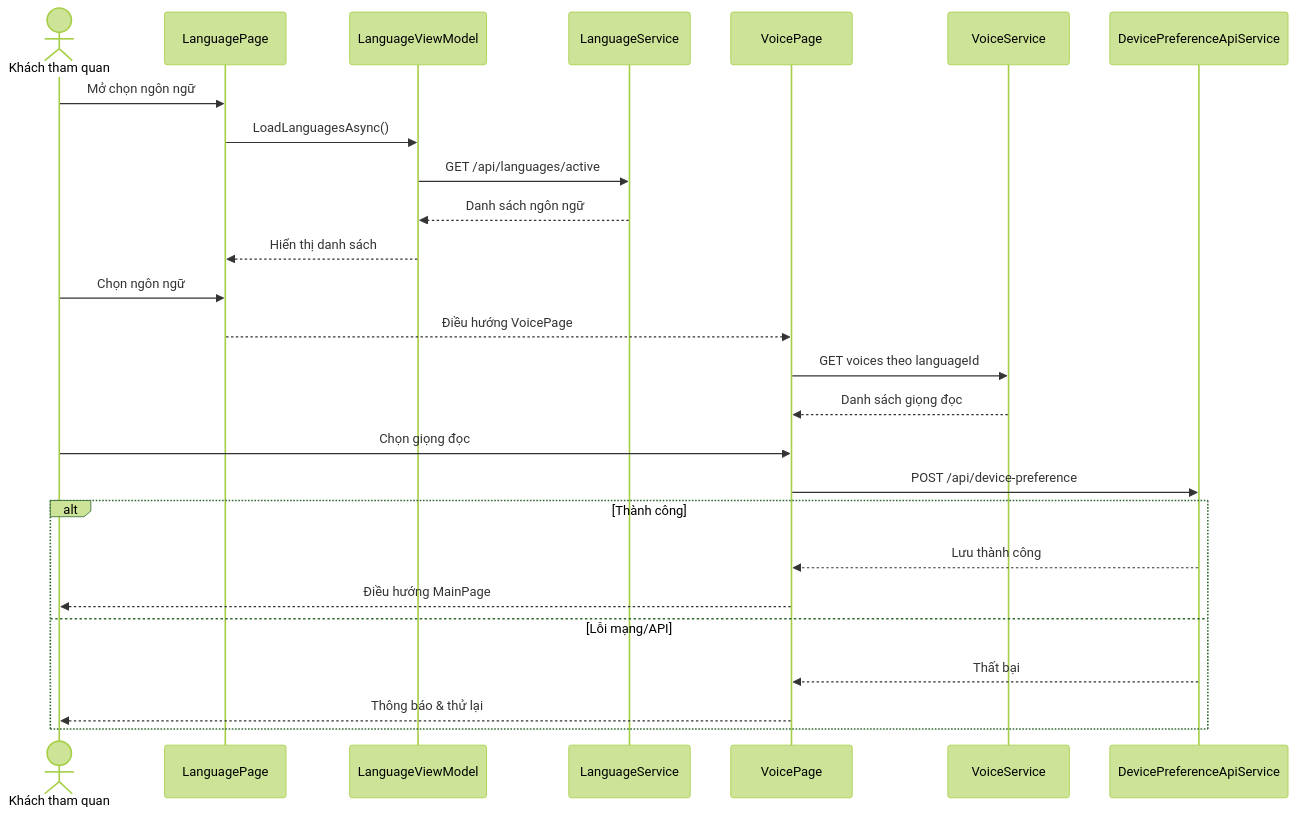
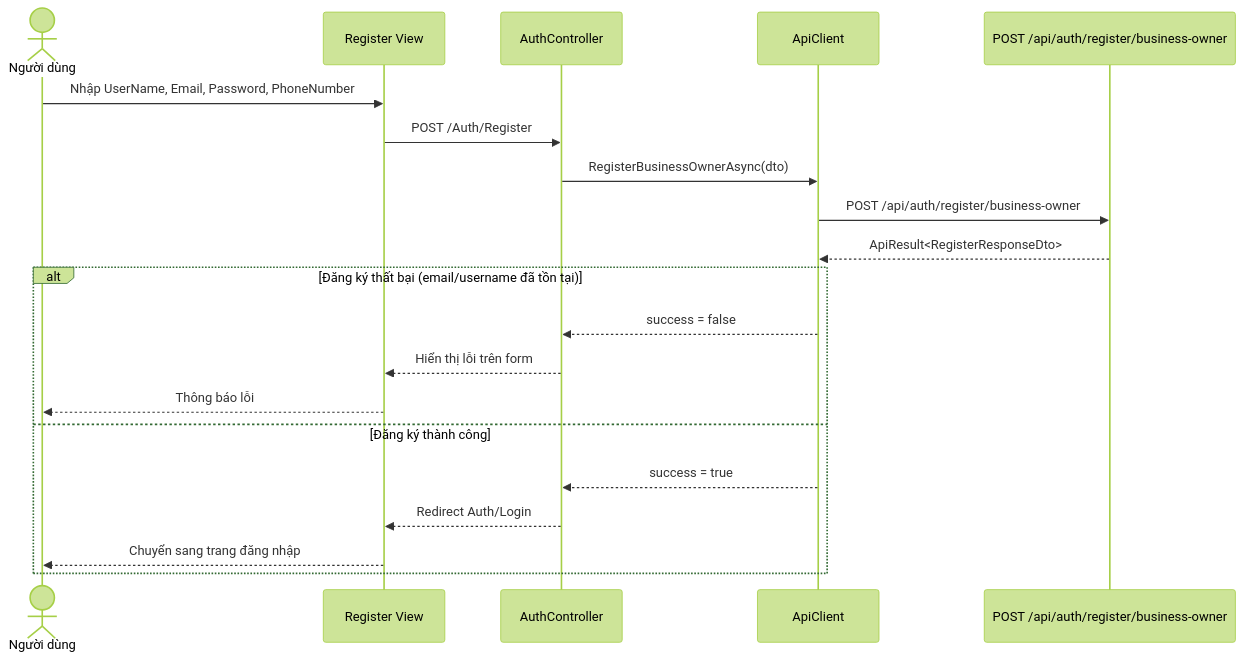
Before and after one commit to NguyenAlpha/LocateAndMultilingualNarration: the second of 19 diagrams in Docs/Sequence Diagrams – Web Admin.md, drawn with Mermaid (forest theme). The commit also changed other lines of this file, not shown here.

````diff
--- a/Docs/Sequence Diagrams – Web Admin.md
+++ b/Docs/Sequence Diagrams – Web Admin.md
@@ -47,29 +65,24 @@
 ```mermaid
 sequenceDiagram
-    actor KTV as Khách tham quan
-    participant LP as LanguagePage
-    participant LVM as LanguageViewModel
-    participant LS as LanguageService
-    participant VP as VoicePage
-    participant VS as VoiceService
-    participant DPS as DevicePreferenceApiService
+    actor USER as Người dùng
+    participant VIEW as Register View
+    participant CTR as AuthController
+    participant SVC as ApiClient
+    participant API as POST /api/auth/register/business-owner
 
-    KTV->>LP: Mở chọn ngôn ngữ
-    LP->>LVM: LoadLanguagesAsync()
-    LVM->>LS: GET /api/languages/active
-    LS-->>LVM: Danh sách ngôn ngữ
-    LVM-->>LP: Hiển thị danh sách
-    KTV->>LP: Chọn ngôn ngữ
-    LP-->>VP: Điều hướng VoicePage
-    VP->>VS: GET voices theo languageId
-    VS-->>VP: Danh sách giọng đọc
-    KTV->>VP: Chọn giọng đọc
-    VP->>DPS: POST /api/device-preference
-    alt Thành công
-        DPS-->>VP: Lưu thành công
-        VP-->>KTV: Điều hướng MainPage
-    else Lỗi mạng/API
-        DPS-->>VP: Thất bại
-        VP-->>KTV: Thông báo & thử lại
+    USER->>VIEW: Nhập UserName, Email, Password, PhoneNumber
+    VIEW->>CTR: POST /Auth/Register
+    CTR->>SVC: RegisterBusinessOwnerAsync(dto)
+    SVC->>API: POST /api/auth/register/business-owner
+    API-->>SVC: ApiResult<RegisterResponseDto>
+
+    alt Đăng ký thất bại (email/username đã tồn tại)
+        SVC-->>CTR: success = false
+        CTR-->>VIEW: Hiển thị lỗi trên form
+        VIEW-->>USER: Thông báo lỗi
+    else Đăng ký thành công
+        SVC-->>CTR: success = true
+        CTR-->>VIEW: Redirect Auth/Login
+        VIEW-->>USER: Chuyển sang trang đăng nhập
     end
 ```
````
